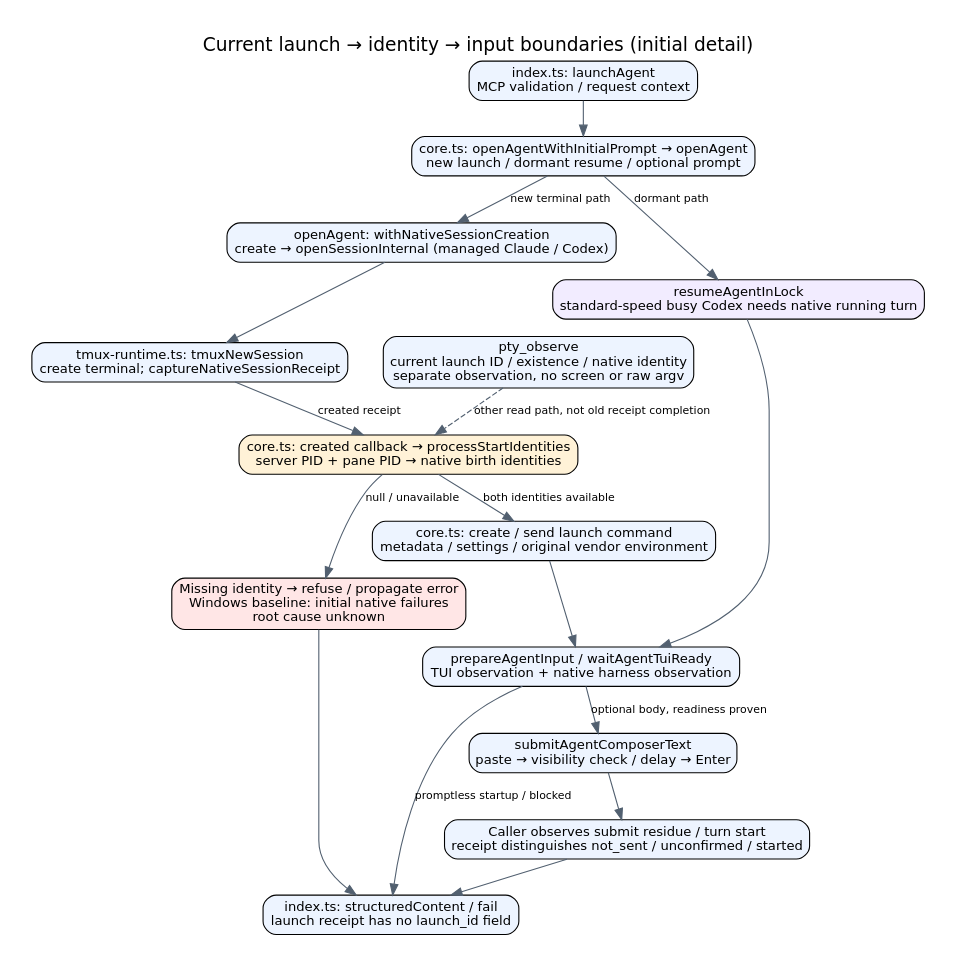
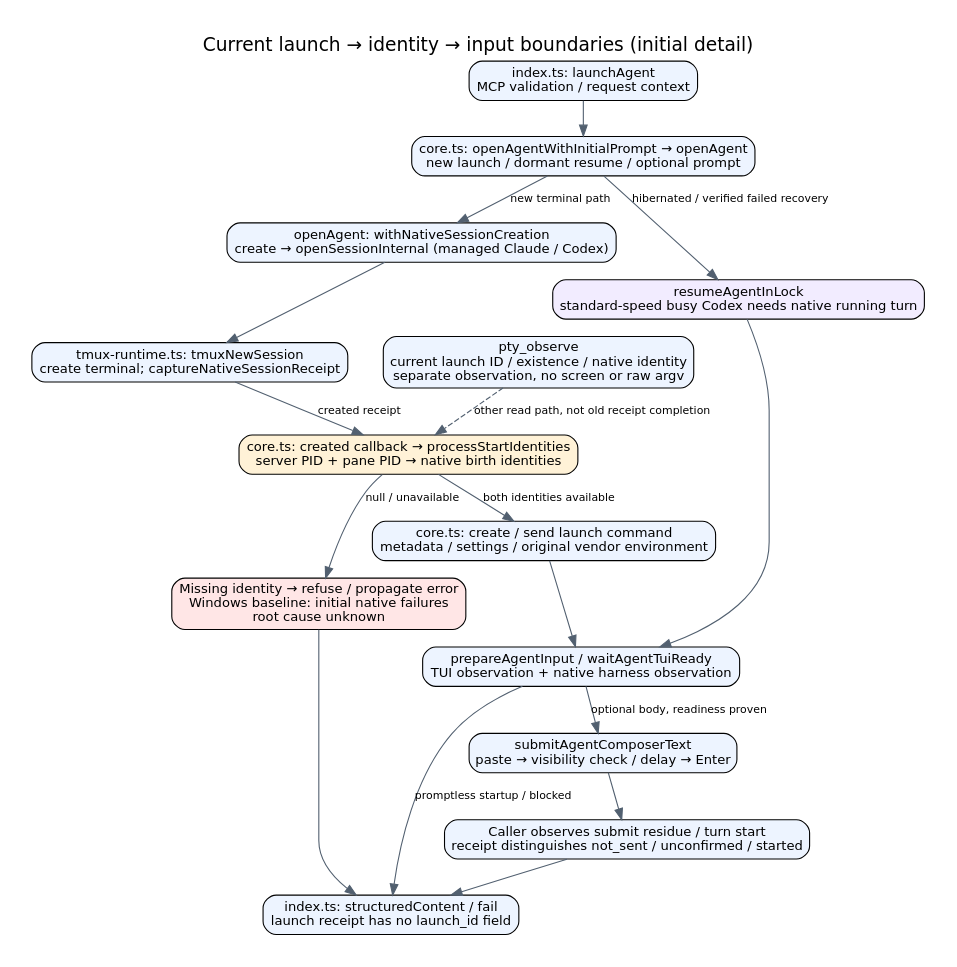
The diagram in docs/architecture/launch-identity-input.dot (kitepon/aiterm-mcp), drawn with Graphviz before and after one commit. The commit also changed 12 other files, not shown here.

Commit message:
fix(resume): recover failed Codex generations after native loss

```diff
--- a/docs/architecture/launch-identity-input.dot
+++ b/docs/architecture/launch-identity-input.dot
@@ -1,26 +1,26 @@
 digraph launch {
  graph [rankdir=TB,bgcolor="white",pad=0.3,nodesep=0.45,ranksep=0.45,label="Current launch → identity → input boundaries (initial detail)",labelloc=t,fontname="DejaVu Sans",fontsize=17];
  node [shape=box,style="rounded,filled",fillcolor="#edf4ff",fontname="DejaVu Sans",fontsize=12];
  edge [fontname="DejaVu Sans",fontsize=10,color="#526070"];
  request [label="index.ts: launchAgent\nMCP validation / request context"];
  entry [label="core.ts: openAgentWithInitialPrompt → openAgent\nnew launch / dormant resume / optional prompt"];
  create [label="openAgent: withNativeSessionCreation\ncreate → openSessionInternal (managed Claude / Codex)"];
  mux [label="tmux-runtime.ts: tmuxNewSession\ncreate terminal; captureNativeSessionReceipt"];
  identity [label="core.ts: created callback → processStartIdentities\nserver PID + pane PID → native birth identities",fillcolor="#fff2d7"];
  fail [label="Missing identity → refuse / propagate error\nWindows baseline: initial native failures\nroot cause unknown",fillcolor="#ffe6e6"];
  launch [label="core.ts: create / send launch command\nmetadata / settings / original vendor environment"];
  ready [label="prepareAgentInput / waitAgentTuiReady\nTUI observation + native harness observation"];
  resume [label="resumeAgentInLock\nstandard-speed busy Codex needs native running turn",fillcolor="#f2ecff"];
  input [label="submitAgentComposerText\npaste → visibility check / delay → Enter"];
  after [label="Caller observes submit residue / turn start\nreceipt distinguishes not_sent / unconfirmed / started"];
  receipt [label="index.ts: structuredContent / fail\nlaunch receipt has no launch_id field"];
  observe [label="pty_observe\ncurrent launch ID / existence / native identity\nseparate observation, no screen or raw argv"];
- request -> entry;entry -> create [label="new terminal path"];entry -> resume [label="dormant path"];
+ request -> entry;entry -> create [label="new terminal path"];entry -> resume [label="hibernated / verified failed recovery"];
  create -> mux;mux -> identity [label="created receipt"];
  identity -> fail [label="null / unavailable"];fail -> receipt;
  identity -> launch [label="both identities available"];
  launch -> ready;resume -> ready;ready -> input [label="optional body, readiness proven"];
  ready -> receipt [label="promptless startup / blocked"];
  input -> after;after -> receipt;
  observe -> identity [label="other read path, not old receipt completion",style=dashed];
 }
```
